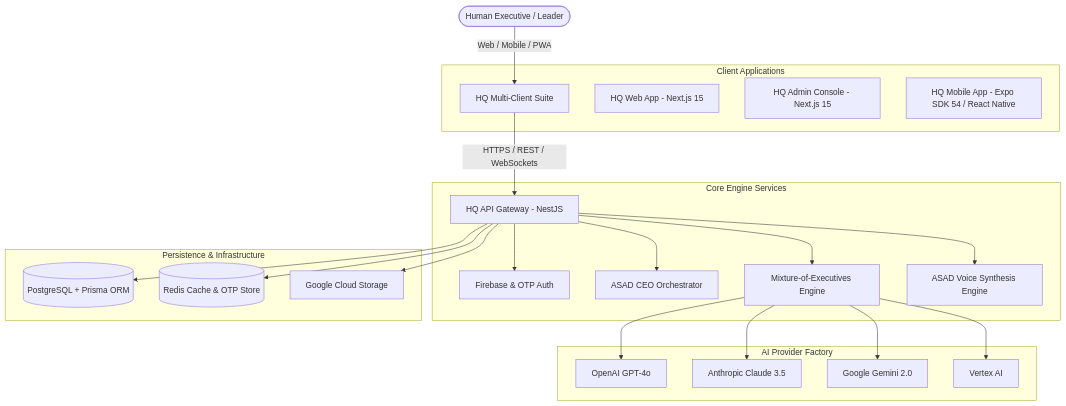
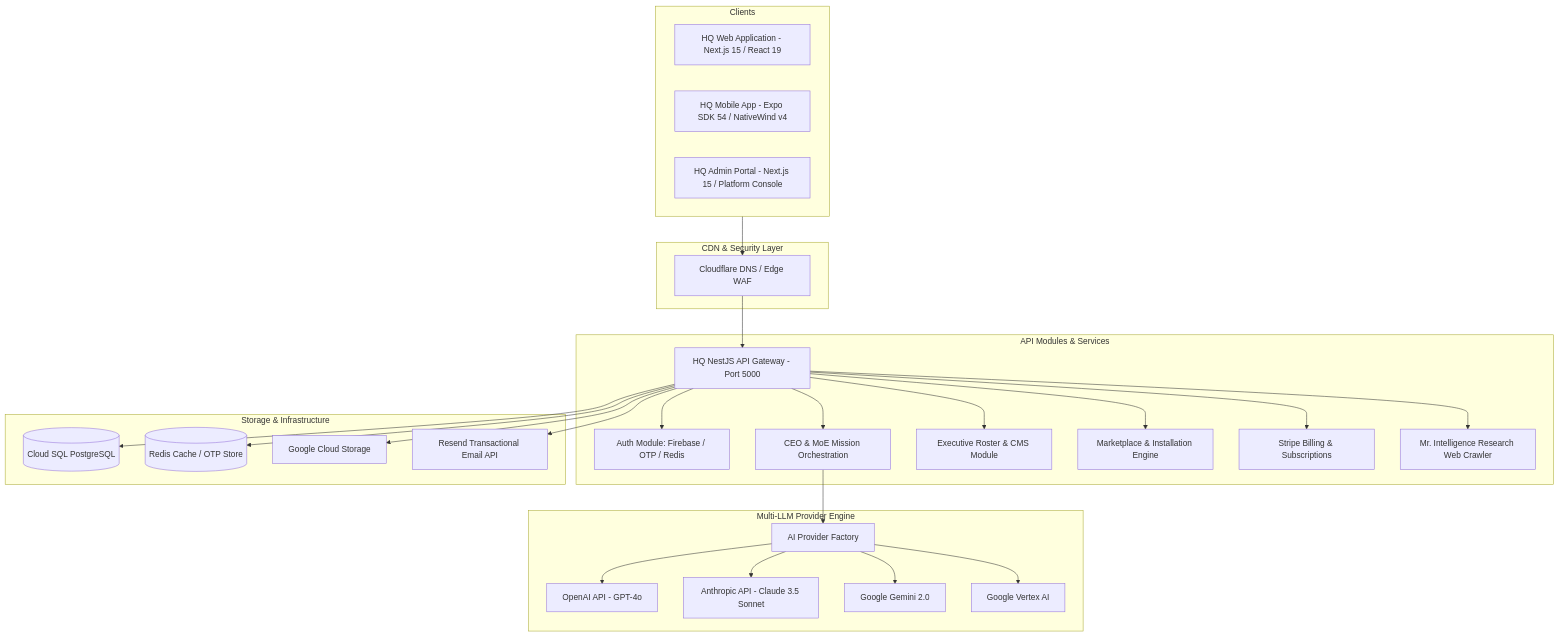
The diagram in README.md (Marinijibia/HQ), drawn with Mermaid before and after one commit. The commit also changed other lines of this file, not shown here.

Commit message:
docs: expand README with comprehensive system architecture, executive roster specs, MoE engine, database schemas, and API reference

````diff
--- a/README.md
+++ b/README.md
@@ -68,33 +140,39 @@
 ```mermaid
 graph TD
-    User([Human Executive / Leader]) -->|Web / Mobile / PWA| Apps
-    
-    subgraph Client Applications
-        Apps[HQ Multi-Client Suite]
-        Web[HQ Web App - Next.js 15]
-        Admin[HQ Admin Console - Next.js 15]
-        Mobile[HQ Mobile App - Expo SDK 54 / React Native]
+    subgraph Clients
+        Web[HQ Web Application - Next.js 15 / React 19]
+        Mobile[HQ Mobile App - Expo SDK 54 / NativeWind v4]
+        Admin[HQ Admin Portal - Next.js 15 / Platform Console]
     end
-    
-    Apps -->|HTTPS / REST / WebSockets| API[HQ API Gateway - NestJS]
-    
-    subgraph Core Engine Services
-        API --> Auth[Firebase & OTP Auth]
-        API --> CEO[ASAD CEO Orchestrator]
-        API --> MOE[Mixture-of-Executives Engine]
-        API --> Voice[ASAD Voice Synthesis Engine]
+
+    subgraph CDN & Security Layer
+        Cloudflare[Cloudflare DNS / Edge WAF]
     end
-    
-    subgraph AI Provider Factory
-        MOE --> OpenAI[OpenAI GPT-4o]
-        MOE --> Anthropic[Anthropic Claude 3.5]
-        MOE --> Gemini[Google Gemini 2.0]
-        MOE --> Vertex[Vertex AI]
+
+    Clients --> Cloudflare
+    Cloudflare --> Gateway[HQ NestJS API Gateway - Port 5000]
+
+    subgraph API Modules & Services
+        Gateway --> AuthMod[Auth Module: Firebase / OTP / Redis]
+        Gateway --> CeoMod[CEO & MoE Mission Orchestration]
+        Gateway --> ExecMod[Executive Roster & CMS Module]
+        Gateway --> MktMod[Marketplace & Installation Engine]
+        Gateway --> BillingMod[Stripe Billing & Subscriptions]
+        Gateway --> IntelMod[Mr. Intelligence Research Web Crawler]
     end
-    
-    subgraph Persistence & Infrastructure
-        API --> DB[(PostgreSQL + Prisma ORM)]
-        API --> Redis[(Redis Cache & OTP Store)]
-        API --> CloudStorage[Google Cloud Storage]
+
+    subgraph Multi-LLM Provider Engine
+        CeoMod --> Factory[AI Provider Factory]
+        Factory --> OpenAI[OpenAI API - GPT-4o]
+        Factory --> Anthropic[Anthropic API - Claude 3.5 Sonnet]
+        Factory --> Gemini[Google Gemini 2.0]
+        Factory --> Vertex[Google Vertex AI]
+    end
+
+    subgraph Storage & Infrastructure
+        Gateway --> PostgreSQL[(Cloud SQL PostgreSQL)]
+        Gateway --> Redis[(Redis Cache / OTP Store)]
+        Gateway --> GCS[Google Cloud Storage]
+        Gateway --> Resend[Resend Transactional Email API]
     end
 ```
````
